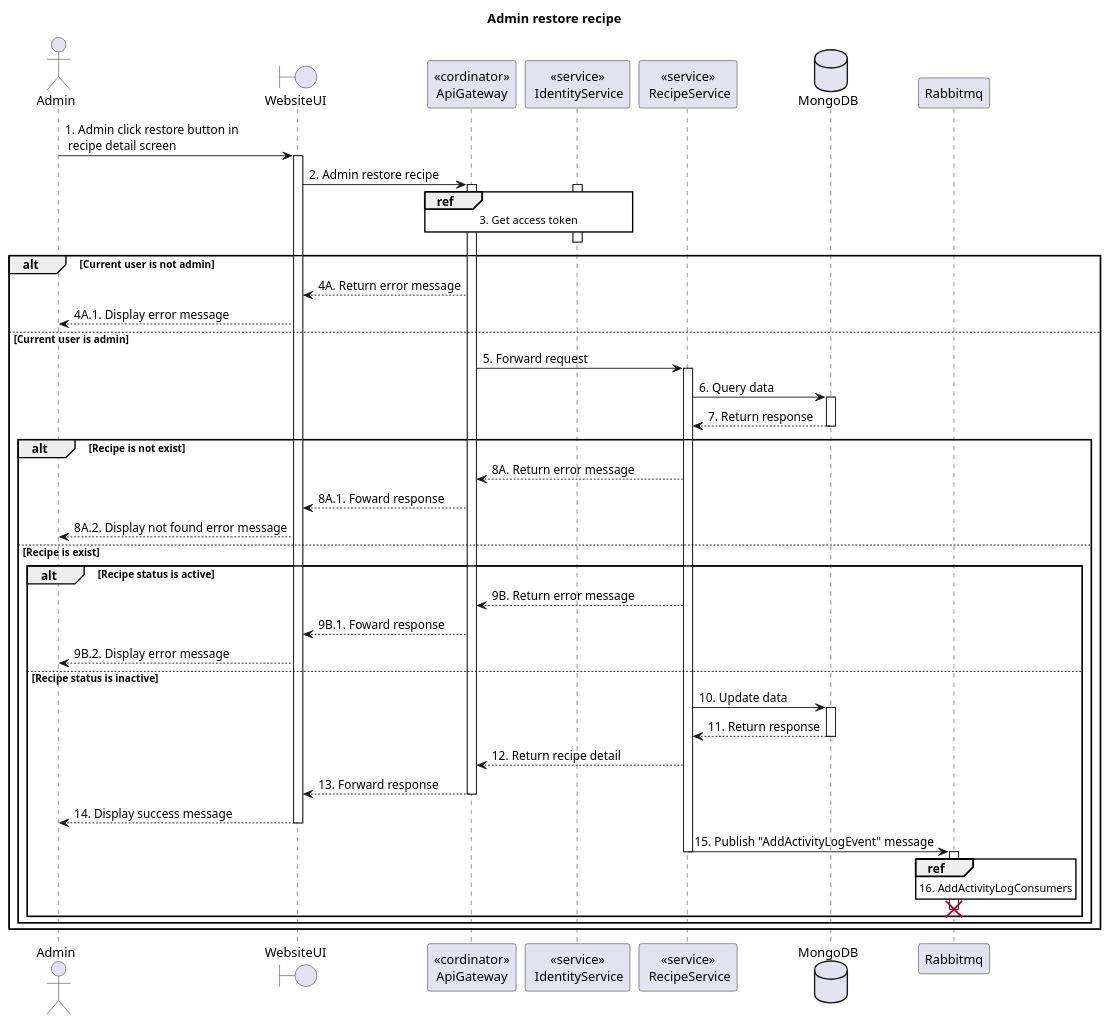
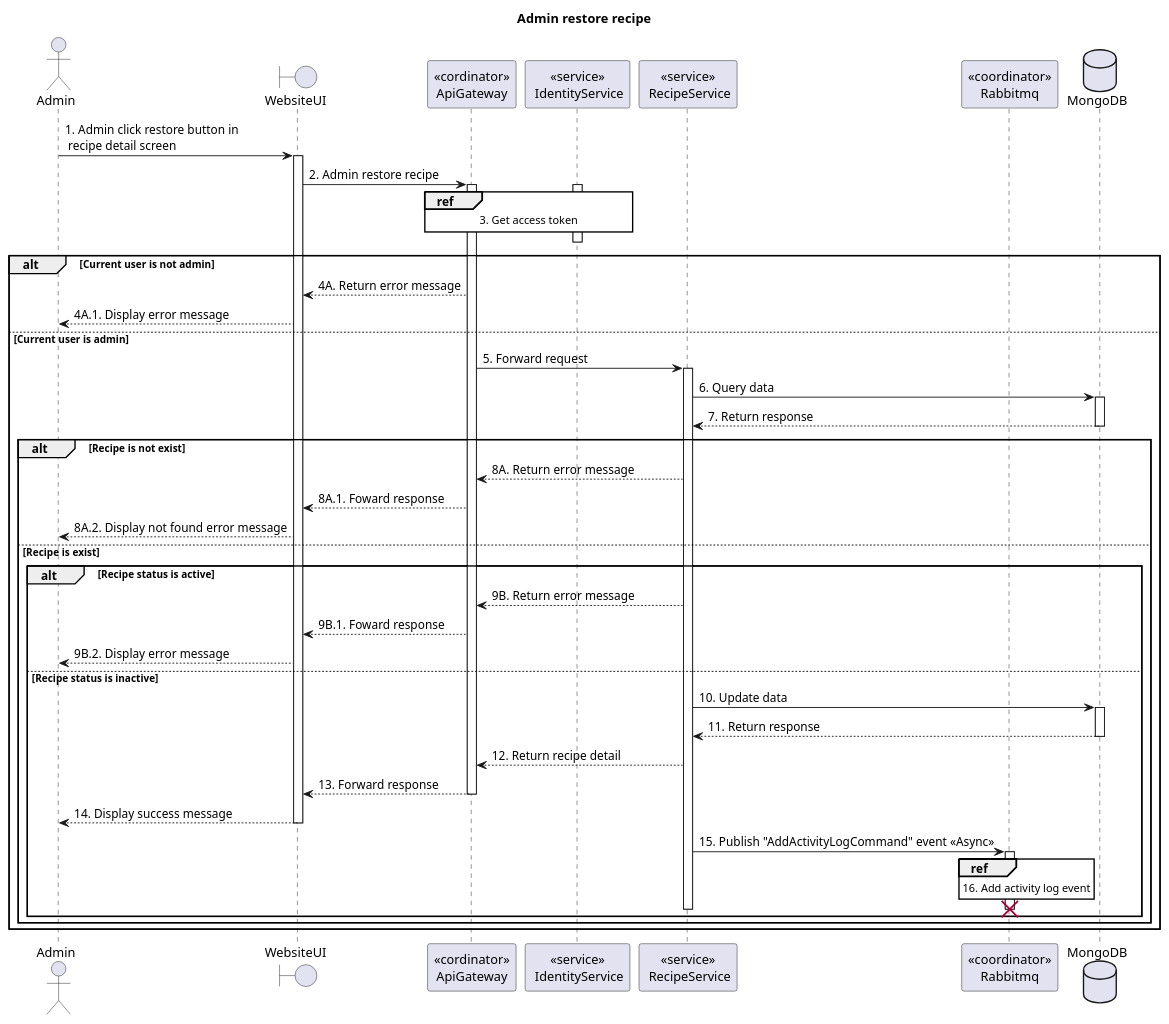
One commit to Carl-Johnsons/tastopia changed the diagram in doc/SDS/Recipe/Admin/Admin restore recipe/Sequence.plantuml. Above: the diagram before and after it, drawn with PlantUML. The commit also changed 59 other files, not shown here.

Commit message:
be: fix some recipe and user sequence and class diagram

```diff
--- a/doc/SDS/Recipe/Admin/Admin restore recipe/Sequence.plantuml
+++ b/doc/SDS/Recipe/Admin/Admin restore recipe/Sequence.plantuml
@@ -1,59 +1,61 @@
 @startuml Sequence
 title "Admin restore recipe"
 ' Style section
 <style>
   sequenceDiagram {
     reference {
       BackGroundColor white
     }
 }
 </style>
 
 actor Admin
 boundary WebsiteUI
 participant "<<cordinator>>\nApiGateway" as ApiGateway
 participant "<<service>>\n IdentityService" as IdentityService
 participant "<<service>>\n RecipeService" as RecipeService
+participant "<<coordinator>>\nRabbitmq" as Rabbitmq
 database MongoDB
 
 Admin -> WebsiteUI++: 1. Admin click restore button in \n recipe detail screen
 WebsiteUI -> ApiGateway++: 2. Admin restore recipe
 
 activate IdentityService
 ref over ApiGateway, IdentityService: 3. Get access token
 ApiGateway -[hidden]-> IdentityService
 deactivate IdentityService
 
 alt Current user is not admin
     WebsiteUI <-- ApiGateway: 4A. Return error message
     Admin <-- WebsiteUI: 4A.1. Display error message
 else Current user is admin
 ApiGateway -> RecipeService++: 5. Forward request
 RecipeService -> MongoDB++: 6. Query data
 RecipeService <-- MongoDB--: 7. Return response
   alt Recipe is not exist
       ApiGateway <-- RecipeService: 8A. Return error message
       WebsiteUI <-- ApiGateway: 8A.1. Foward response
       Admin <-- WebsiteUI: 8A.2. Display not found error message
   else Recipe is exist
       alt Recipe status is active
           ApiGateway <-- RecipeService: 9B. Return error message
           WebsiteUI <-- ApiGateway: 9B.1. Foward response
           Admin <-- WebsiteUI: 9B.2. Display error message
       else Recipe status is inactive
           RecipeService -> MongoDB++: 10. Update data
           RecipeService <-- MongoDB--: 11. Return response
           ApiGateway <-- RecipeService: 12. Return recipe detail
           WebsiteUI <-- ApiGateway--: 13. Forward response
           Admin <-- WebsiteUI--: 14. Display success message
-          RecipeService -> Rabbitmq: 15. Publish "AddActivityLogEvent" message 
+          RecipeService -> Rabbitmq: 15. Publish "AddActivityLogCommand" event <<Async>>
+          activate Rabbitmq
+          ref over Rabbitmq: 16. Add activity log event
+          RecipeService -[hidden]-> Rabbitmq
+          deactivate Rabbitmq
+          destroy Rabbitmq
           deactivate RecipeService
-          activate Rabbitmq
-          ref over Rabbitmq: 16. AddActivityLogConsumers
-          Rabbitmq -[hidden]> 
-          destroy Rabbitmq
       end alt
   end alt
 end alt
 
 @enduml
```
